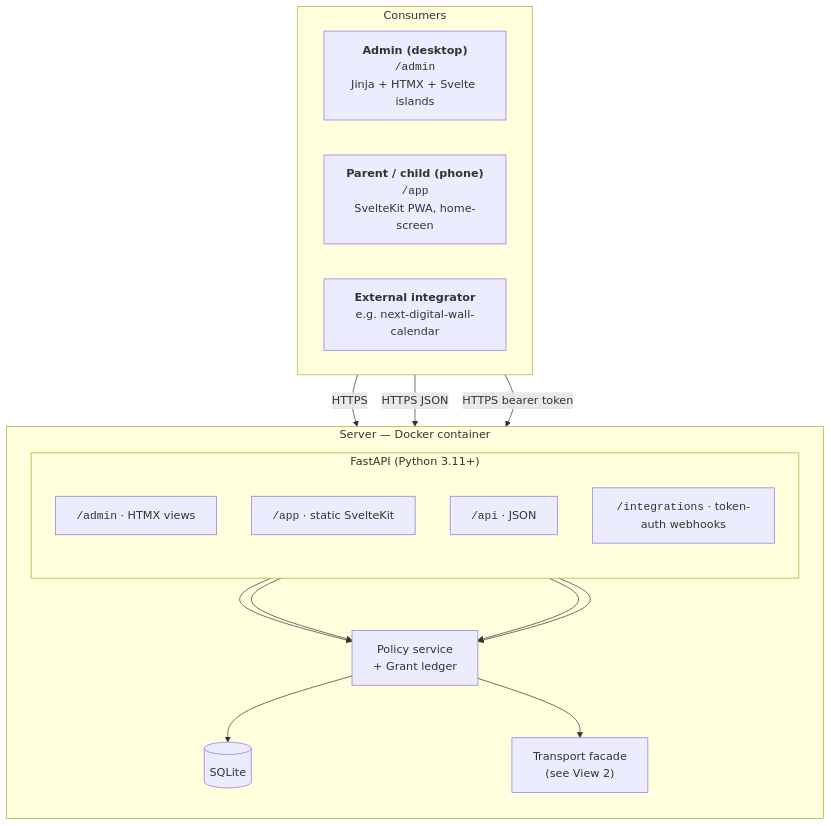
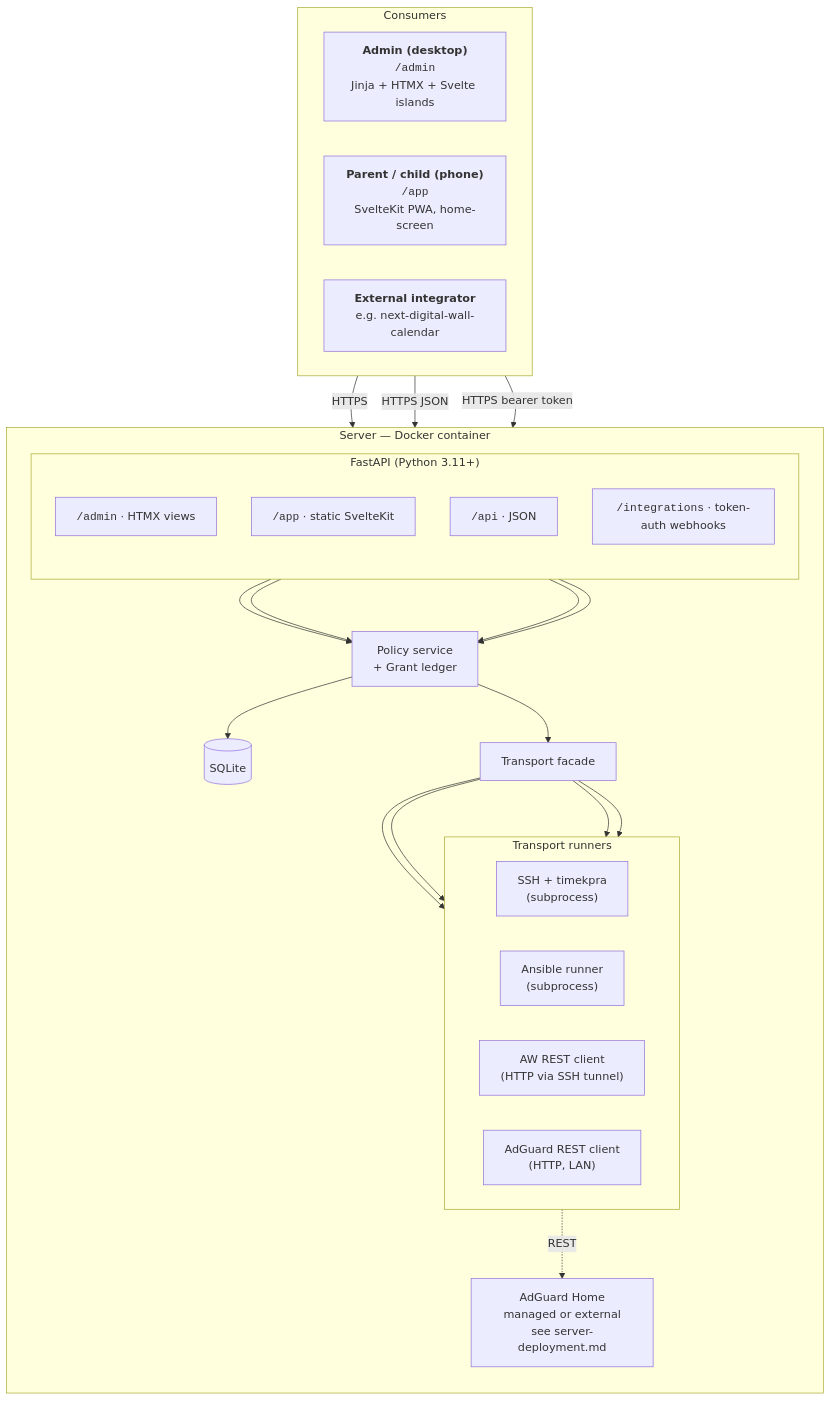
The diagram in docs/architecture.md (BenSeymourODB/linux-parental-controls-toolkit), drawn with Mermaid before and after one commit. The commit also changed other lines of this file, not shown here.

First line of the commit message:
Collapse architecture into one diagram + client mapping table

````diff
--- a/docs/architecture.md
+++ b/docs/architecture.md
@@ -21,34 +17,47 @@
 ```mermaid
 flowchart TB
     subgraph Consumers["Consumers"]
         direction LR
         Admin["<b>Admin (desktop)</b><br/><code>/admin</code><br/>Jinja + HTMX + Svelte islands"]
         PWA["<b>Parent / child (phone)</b><br/><code>/app</code><br/>SvelteKit PWA, home-screen"]
         Ext["<b>External integrator</b><br/>e.g. next-digital-wall-calendar"]
     end
 
     subgraph Server["Server — Docker container"]
         direction TB
         subgraph FastAPI["FastAPI (Python 3.11+)"]
             direction TB
             RAdmin["<code>/admin</code> · HTMX views"]
             RApp["<code>/app</code> · static SvelteKit"]
             RApi["<code>/api</code> · JSON"]
             RInt["<code>/integrations</code> · token-auth webhooks"]
         end
         Policy["Policy service<br/>+ Grant ledger"]
         DB[("SQLite")]
-        Transport["Transport facade<br/>(see View 2)"]
+        Transport["Transport facade"]
+        subgraph Runners["Transport runners"]
+            direction LR
+            SSHTr["SSH + timekpra<br/>(subprocess)"]
+            AnsTr["Ansible runner<br/>(subprocess)"]
+            AWTr["AW REST client<br/>(HTTP via SSH tunnel)"]
+            AGTr["AdGuard REST client<br/>(HTTP, LAN)"]
+        end
+        AdGuard["AdGuard Home<br/>managed or external<br/>see server-deployment.md"]
 
         RAdmin --> Policy
         RApp --> Policy
         RApi --> Policy
         RInt --> Policy
         Policy --> DB
         Policy --> Transport
+        Transport --> SSHTr
+        Transport --> AnsTr
+        Transport --> AWTr
+        Transport --> AGTr
+        AGTr -.REST.-> AdGuard
     end
 
     Admin -->|HTTPS| RAdmin
     PWA -->|HTTPS JSON| RApi
     Ext -->|HTTPS bearer token| RInt
 ```
````
